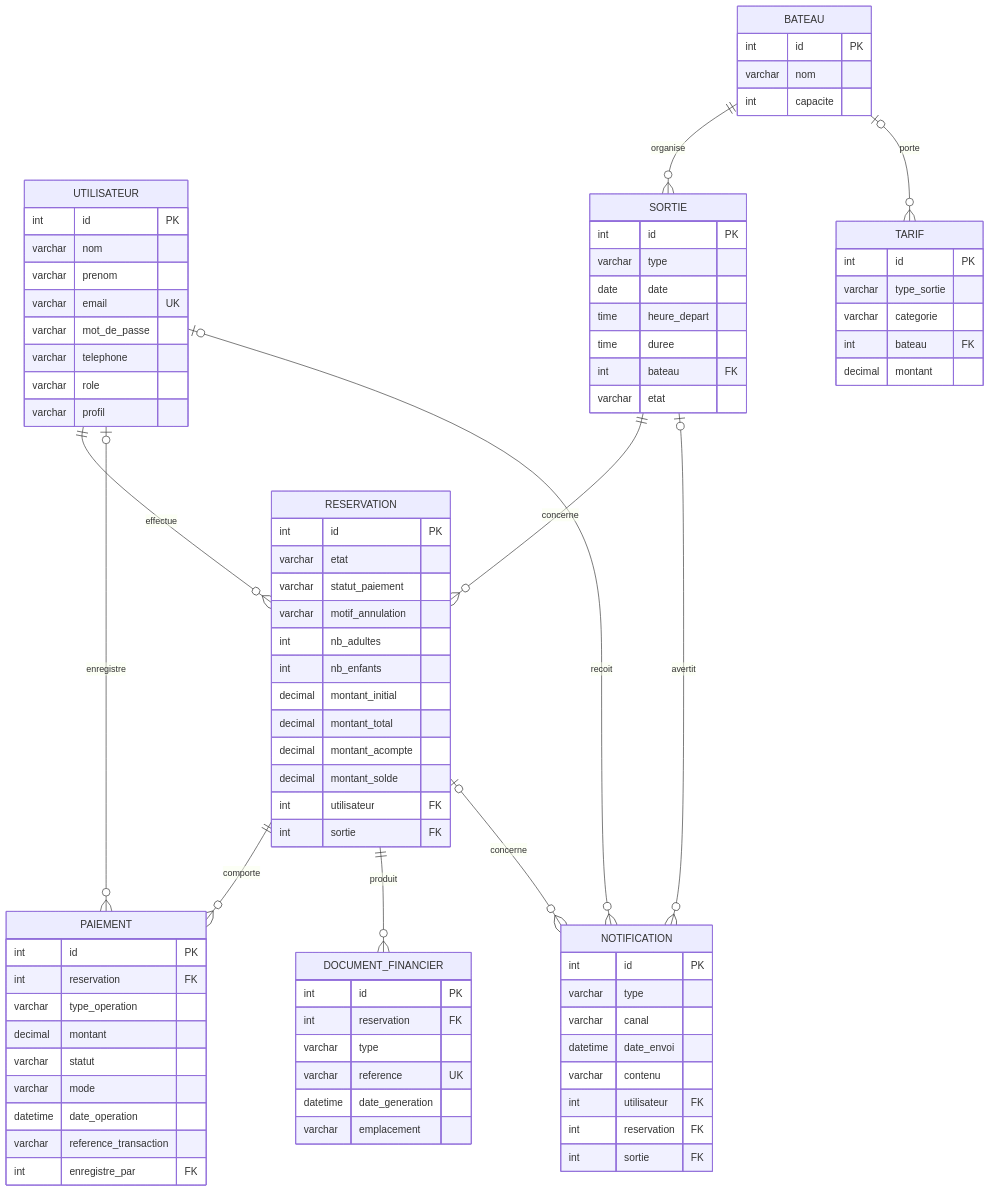
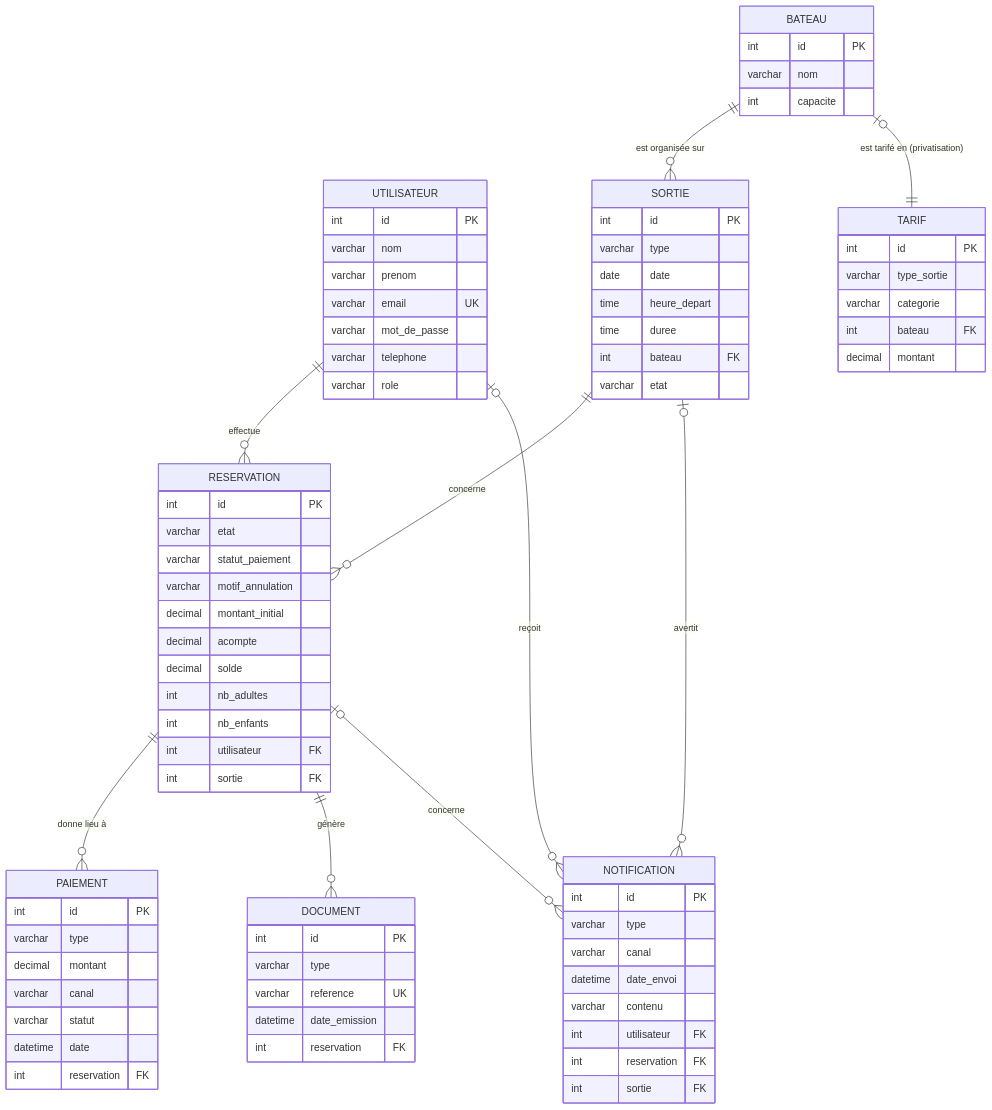
Before and after one commit to MichelSimonin/Tibaleine: the diagram in docs/mcd/mcd-V3.md, drawn with Mermaid. The commit also changed other lines of this file and 2 other files, not shown here.

````diff
--- a/docs/mcd/mcd-V3.md
+++ b/docs/mcd/mcd-V3.md
@@ -13,88 +193,82 @@
 ```mermaid
 erDiagram
-  UTILISATEUR {
-    int id PK
-    varchar nom
-    varchar prenom
-    varchar email UK
-    varchar mot_de_passe
-    varchar telephone
-    varchar role
-    varchar profil
-  }
-  BATEAU {
-    int id PK
-    varchar nom
-    int capacite
-  }
-  SORTIE {
-    int id PK
-    varchar type
-    date date
-    time heure_depart
-    time duree
-    int bateau FK
-    varchar etat
-  }
-  RESERVATION {
-    int id PK
-    varchar etat
-    varchar statut_paiement
-    varchar motif_annulation
-    int nb_adultes
-    int nb_enfants
-    decimal montant_initial
-    decimal montant_total
-    decimal montant_acompte
-    decimal montant_solde
-    int utilisateur FK
-    int sortie FK
-  }
-  PAIEMENT {
-    int id PK
-    int reservation FK
-    varchar type_operation
-    decimal montant
-    varchar statut
-    varchar mode
-    datetime date_operation
-    varchar reference_transaction
-    int enregistre_par FK
-  }
-  DOCUMENT_FINANCIER {
-    int id PK
-    int reservation FK
-    varchar type
-    varchar reference UK
-    datetime date_generation
-    varchar emplacement
-  }
-  TARIF {
-    int id PK
-    varchar type_sortie
-    varchar categorie
-    int bateau FK
-    decimal montant
-  }
-  NOTIFICATION {
-    int id PK
-    varchar type
-    varchar canal
-    datetime date_envoi
-    varchar contenu
-    int utilisateur FK
-    int reservation FK
-    int sortie FK
-  }
+    UTILISATEUR {
+        int id PK
+        varchar nom
+        varchar prenom
+        varchar email UK
+        varchar mot_de_passe
+        varchar telephone
+        varchar role
+    }
+    BATEAU {
+        int id PK
+        varchar nom
+        int capacite
+    }
+    SORTIE {
+        int id PK
+        varchar type
+        date date
+        time heure_depart
+        time duree
+        int bateau FK
+        varchar etat
+    }
+    RESERVATION {
+        int id PK
+        varchar etat
+        varchar statut_paiement
+        varchar motif_annulation
+        decimal montant_initial
+        decimal acompte
+        decimal solde
+        int nb_adultes
+        int nb_enfants
+        int utilisateur FK
+        int sortie FK
+    }
+    PAIEMENT {
+        int id PK
+        varchar type
+        decimal montant
+        varchar canal
+        varchar statut
+        datetime date
+        int reservation FK
+    }
+    TARIF {
+        int id PK
+        varchar type_sortie
+        varchar categorie
+        int bateau FK
+        decimal montant
+    }
+    NOTIFICATION {
+        int id PK
+        varchar type
+        varchar canal
+        datetime date_envoi
+        varchar contenu
+        int utilisateur FK
+        int reservation FK
+        int sortie FK
+    }
+    DOCUMENT {
+        int id PK
+        varchar type
+        varchar reference UK
+        datetime date_emission
+        int reservation FK
+    }
 
-  UTILISATEUR ||--o{ RESERVATION : effectue
-  SORTIE ||--o{ RESERVATION : concerne
-  BATEAU ||--o{ SORTIE : organise
-  RESERVATION ||--o{ PAIEMENT : comporte
-  UTILISATEUR o|--o{ PAIEMENT : enregistre
-  RESERVATION ||--o{ DOCUMENT_FINANCIER : produit
-  BATEAU o|--o{ TARIF : porte
-  UTILISATEUR o|--o{ NOTIFICATION : recoit
-  RESERVATION o|--o{ NOTIFICATION : concerne
-  SORTIE o|--o{ NOTIFICATION : avertit
+    UTILISATEUR ||--o{ RESERVATION : "effectue"
+    SORTIE ||--o{ RESERVATION : "concerne"
+    BATEAU ||--o{ SORTIE : "est organisée sur"
+    RESERVATION ||--o{ PAIEMENT : "donne lieu à"
+    RESERVATION ||--o{ DOCUMENT : "génère"
+    BATEAU |o--|| TARIF : "est tarifé en (privatisation)"
+    UTILISATEUR o|--o{ NOTIFICATION : "reçoit"
+    RESERVATION o|--o{ NOTIFICATION : "concerne"
+    SORTIE o|--o{ NOTIFICATION : "avertit"
 ```
````
